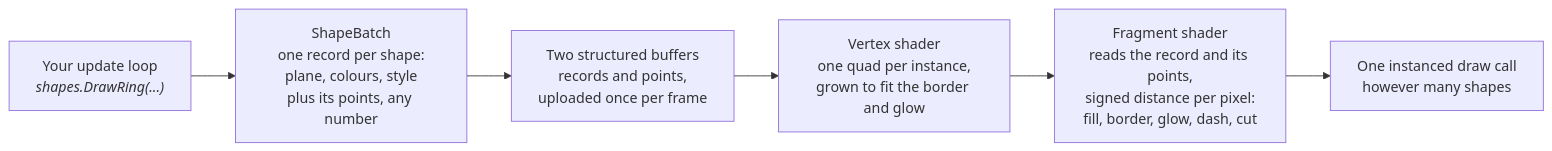
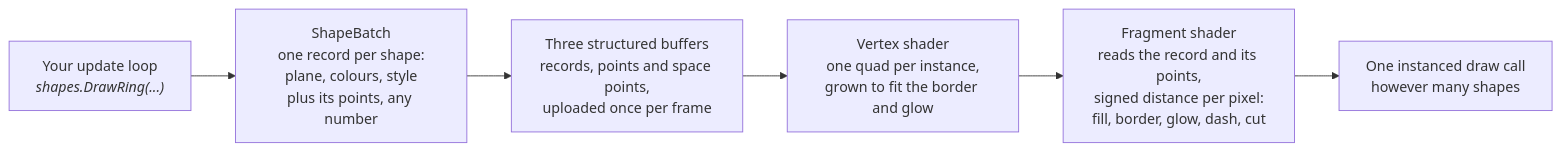
The first of 2 diagrams in docs/manual/rendering/shape-batch.md (VaclavElias/stride-community-toolkit), drawn with Mermaid before and after one commit. The commit also changed other lines of this file and 52 other files, not shown here.

````diff
--- a/docs/manual/rendering/shape-batch.md
+++ b/docs/manual/rendering/shape-batch.md
@@ -87,8 +87,8 @@
 ```mermaid
 flowchart LR
     A["Your update loop<br/><i>shapes.DrawRing(...)</i>"] --> B["ShapeBatch<br/>one record per shape:<br/>plane, colours, style<br/>plus its points, any number"]
-    B --> C["Two structured buffers<br/>records and points,<br/>uploaded once per frame"]
+    B --> C["Three structured buffers<br/>records, points and space points,<br/>uploaded once per frame"]
     C --> D["Vertex shader<br/>one quad per instance,<br/>grown to fit the border and glow"]
     D --> E["Fragment shader<br/>reads the record and its points,<br/>signed distance per pixel:<br/>fill, border, glow, dash, cut"]
     E --> F["One instanced draw call<br/>however many shapes"]
 ```
````
